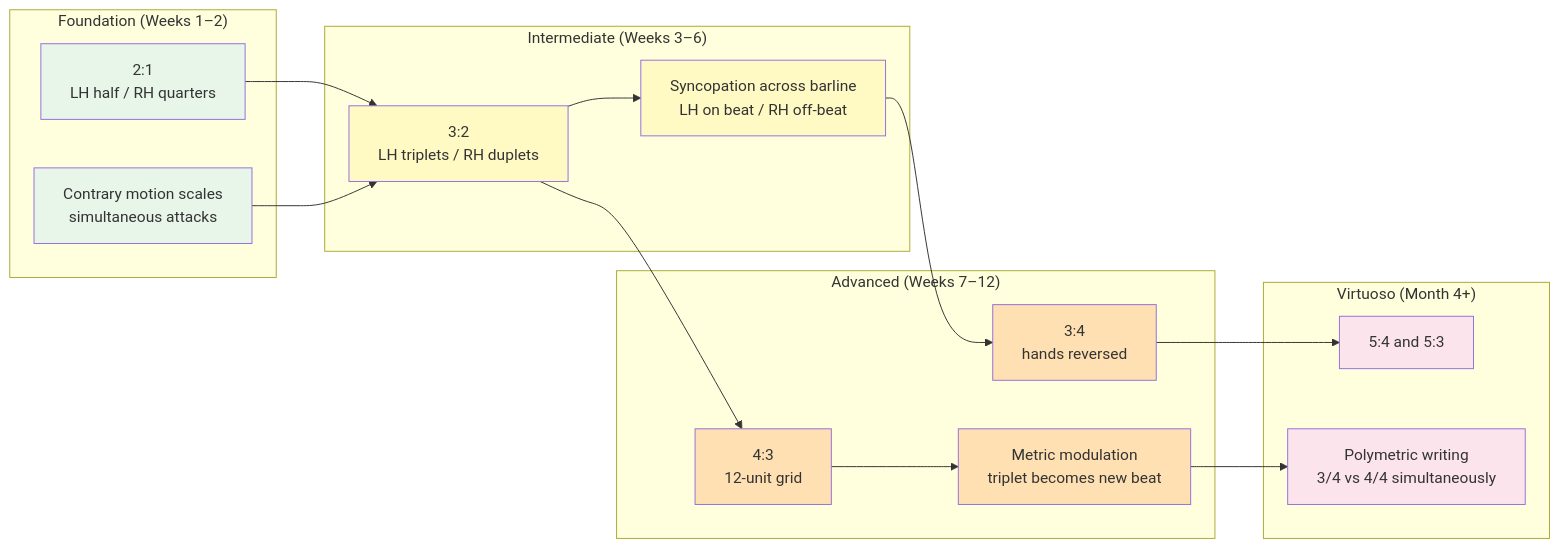
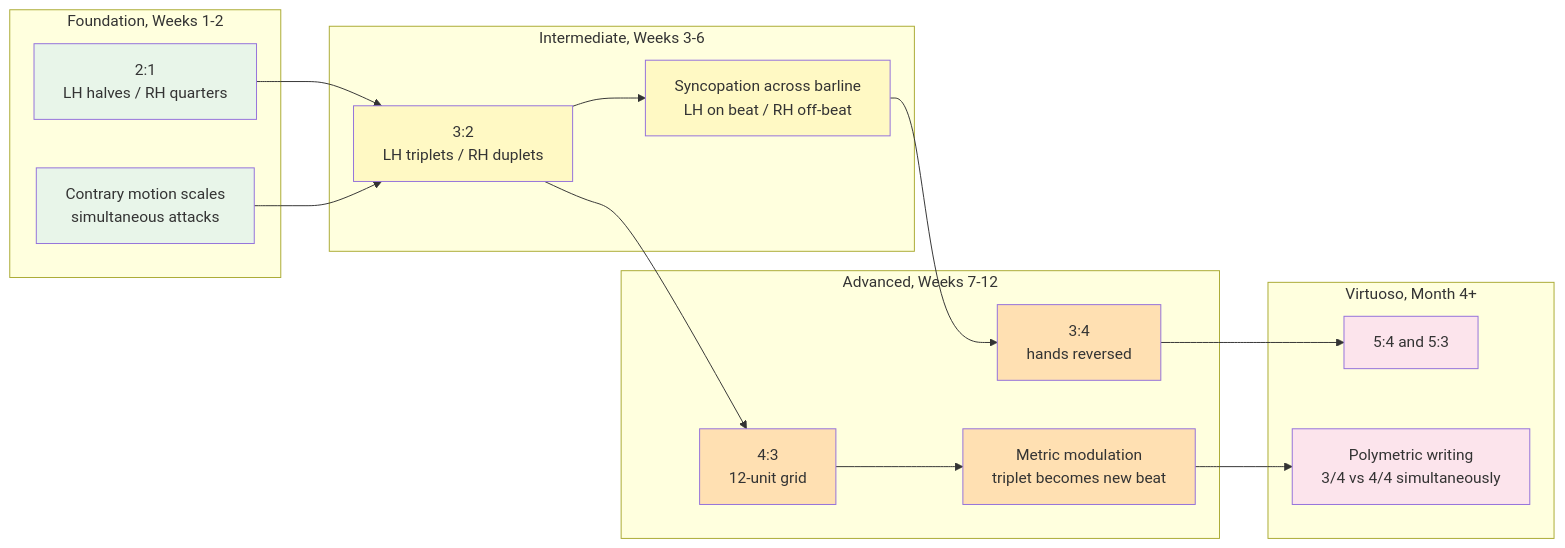
One commit to blebleblee/synapse changed the second of 5 diagrams in topics/arts/music_performance/piano/lesson_04_two_handed_rhythmic_independence.md. Above: the diagram before and after it, drawn with Mermaid. The commit also changed other lines of this file and 4 other files, not shown here.

````diff
--- a/topics/arts/music_performance/piano/lesson_04_two_handed_rhythmic_independence.md
+++ b/topics/arts/music_performance/piano/lesson_04_two_handed_rhythmic_independence.md
@@ -408,42 +342,42 @@
 ```mermaid
 graph LR
-    subgraph sub_foundation ["Foundation (Weeks 1–2)"]
-        A["2:1<br/>LH half / RH quarters"]
+    subgraph sub_foundation ["Foundation, Weeks 1-2"]
+        A["2:1<br/>LH halves / RH quarters"]
         B["Contrary motion scales<br/>simultaneous attacks"]
     end
 
-    subgraph sub_intermediate ["Intermediate (Weeks 3–6)"]
+    subgraph sub_intermediate ["Intermediate, Weeks 3-6"]
         C["3:2<br/>LH triplets / RH duplets"]
         D["Syncopation across barline<br/>LH on beat / RH off-beat"]
     end
 
-    subgraph sub_advanced ["Advanced (Weeks 7–12)"]
+    subgraph sub_advanced ["Advanced, Weeks 7-12"]
         E["4:3<br/>12-unit grid"]
         F["3:4<br/>hands reversed"]
         G["Metric modulation<br/>triplet becomes new beat"]
     end
 
-    subgraph sub_virtuoso ["Virtuoso (Month 4+)"]
+    subgraph sub_virtuoso ["Virtuoso, Month 4+"]
         H["5:4 and 5:3"]
         I["Polymetric writing<br/>3/4 vs 4/4 simultaneously"]
     end
 
     A --> C
     B --> C
     C --> E
     C --> D
     D --> F
     E --> G
     F --> H
     G --> I
 
     style A fill:#e8f5e9
     style B fill:#e8f5e9
     style C fill:#fff9c4
     style D fill:#fff9c4
     style E fill:#ffe0b2
     style F fill:#ffe0b2
     style G fill:#ffe0b2
     style H fill:#fce4ec
     style I fill:#fce4ec
 ```
````
